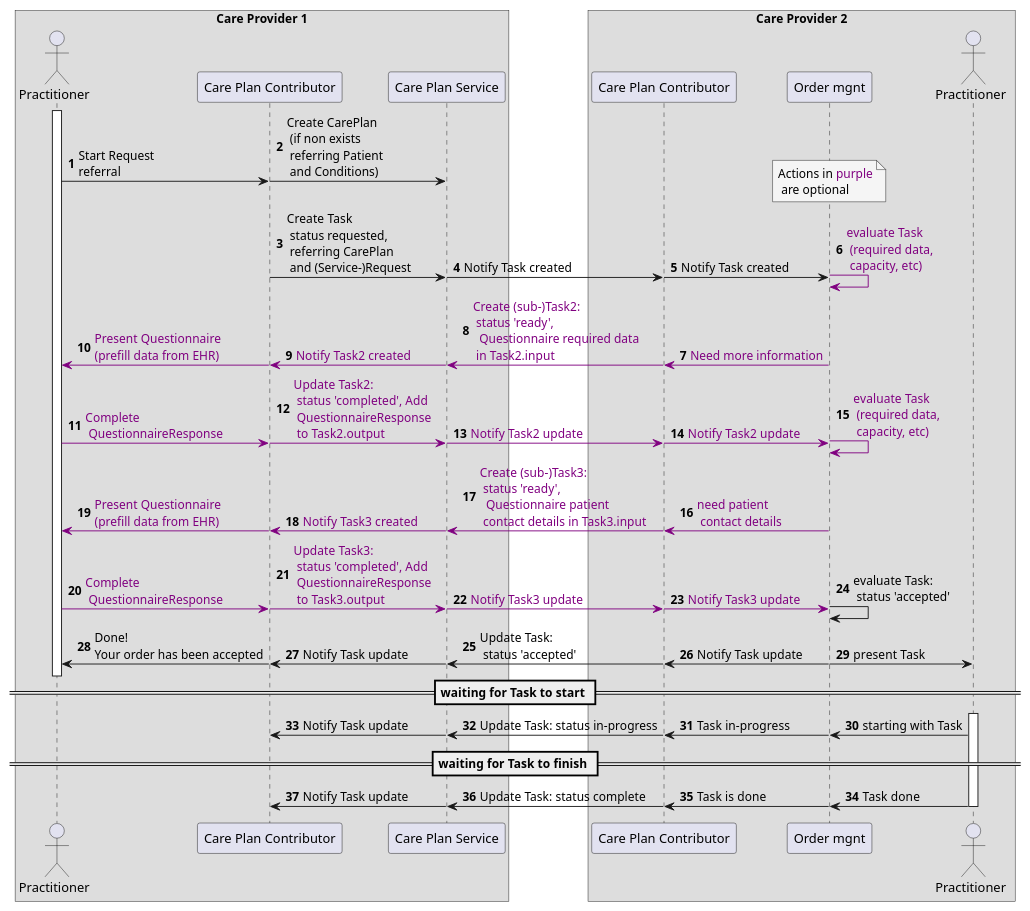
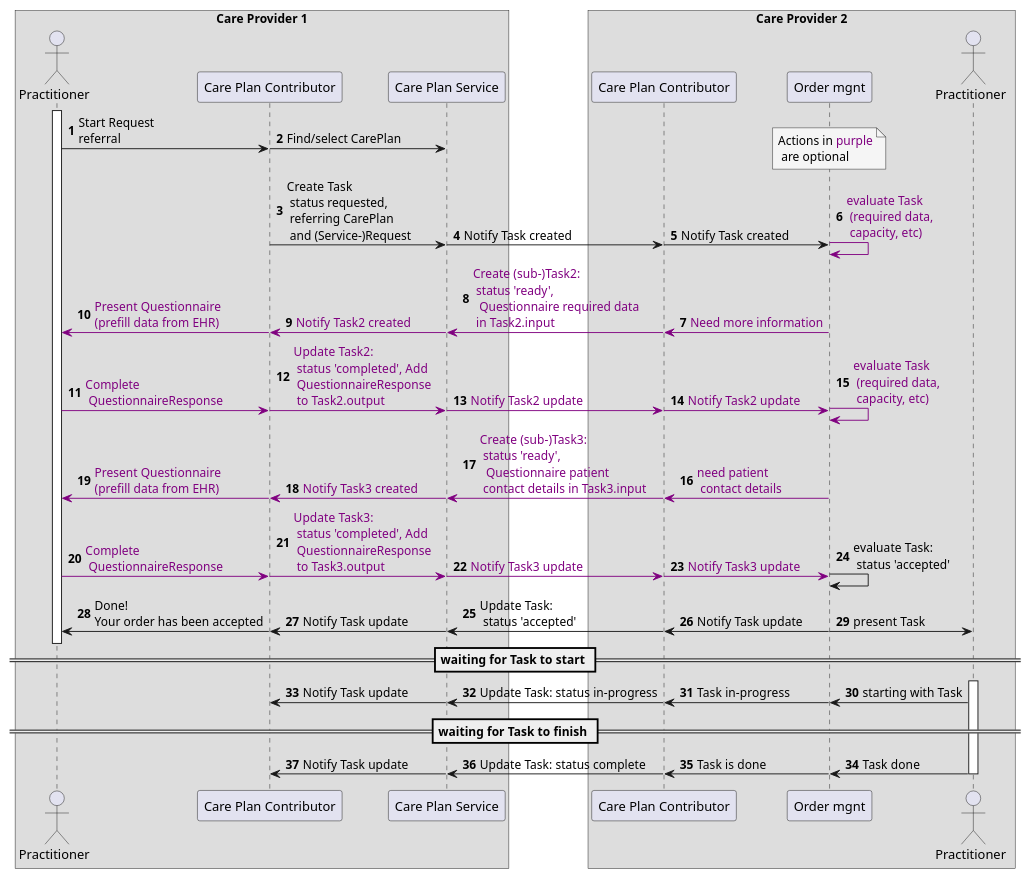
One commit to SanteonNL/shared-care-planning changed the diagram in input/images-source/overview-task-negotiation-1-2.plantuml. Above: the diagram before and after it, drawn with PlantUML. The commit also changed 1 other file, not shown here.

Commit message:
CPC doesnt create CarePlan

```diff
--- a/input/images-source/overview-task-negotiation-1-2.plantuml
+++ b/input/images-source/overview-task-negotiation-1-2.plantuml
@@ -1,71 +1,71 @@
 @startuml overview-task-negotiation-1-2
 autonumber
 !pragma teoz true
 
 box Care Provider 1
     actor "Practitioner" as Practitioner1
     participant "Care Plan Contributor" as CPC1
     participant "Care Plan Service" as CPS
 end box
 box Care Provider 2
      participant "Care Plan Contributor" as CPC2
     participant "Order mgnt" as EHR2
     actor "Practitioner" as Practitioner2
 end box
 
 activate Practitioner1
 Practitioner1 -> CPC1 : Start Request\nreferral
-&CPC1 -> CPS : Create CarePlan\n (if non exists\n referring Patient\n and Conditions)
+& CPC1 -> CPS : Find/select CarePlan
 & note over EHR2 #WhiteSmoke
 Actions in <color #purple>purple
  are optional
 end note
 CPC1 -> CPS : Create Task\n status requested,\n referring CarePlan\n and (Service-)Request
 & CPS -> CPC2  : Notify Task created
 & CPC2 -> EHR2  : Notify Task created
 & EHR2 -[#purple]> EHR2 : <color #purple>evaluate Task\n <color #purple>(required data,\n <color #purple>capacity, etc)
 
 
 EHR2 -[#purple]> CPC2 : <color #purple>Need more information
 & CPC2 -[#purple]> CPS  : <color #purple>Create (sub-)Task2:\n <color #purple>status 'ready',\n <color #purple> Questionnaire required data\n <color #purple>in Task2.input
 & CPS -[#purple]> CPC1 : <color #purple>Notify Task2 created
 & CPC1 -[#purple]> Practitioner1 : <color #purple>Present Questionnaire\n<color #purple>(prefill data from EHR)
 
 Practitioner1 -[#purple]> CPC1 : <color #purple>Complete\n <color #purple>QuestionnaireResponse
 & CPC1 -[#purple]> CPS : <color #purple>Update Task2: \n <color #purple>status 'completed', Add\n <color #purple>QuestionnaireResponse\n <color #purple>to Task2.output
 & CPS -[#purple]> CPC2 : <color #purple>Notify Task2 update
 & CPC2 -[#purple]> EHR2 : <color #purple>Notify Task2 update
 & EHR2 -[#purple]> EHR2 : <color #purple>evaluate Task\n <color #purple>(required data,\n <color #purple>capacity, etc)
 
 EHR2 -[#purple]> CPC2 : <color #purple>need patient\n <color #purple>contact details
 & CPC2 -[#purple]> CPS : <color #purple>Create (sub-)Task3: \n <color #purple>status 'ready',\n <color #purple> Questionnaire patient\n <color #purple>contact details in Task3.input
 & CPS -[#purple]> CPC1 :<color #purple>Notify Task3 created
 & CPC1 -[#purple]> Practitioner1 : <color #purple>Present Questionnaire\n<color #purple>(prefill data from EHR)
 
 Practitioner1 -[#purple]> CPC1 : <color #purple>Complete\n <color #purple>QuestionnaireResponse
 & CPC1 -[#purple]> CPS : <color #purple>Update Task3: \n <color #purple>status 'completed', Add\n <color #purple>QuestionnaireResponse\n <color #purple>to Task3.output
 & CPS -[#purple]> CPC2 : <color #purple>Notify Task3 update
 & CPC2 -[#purple]> EHR2 : <color #purple>Notify Task3 update
 & EHR2 -> EHR2 : evaluate Task:\n status 'accepted'
 
 CPC2 -> CPS : Update Task: \n status 'accepted'
 & EHR2 -> CPC2 : Notify Task update
 & CPS -> CPC1 : Notify Task update
 & CPC1 -> Practitioner1 : Done!\nYour order has been accepted
 & EHR2 -> Practitioner2 : present Task
 deactivate Practitioner1
 
 == waiting for Task to start ==
 activate Practitioner2
 Practitioner2 -> EHR2 : starting with Task
 & EHR2 -> CPC2 : Task in-progress
 & CPC2 -> CPS : Update Task: status in-progress
 & CPS -> CPC1 : Notify Task update
 
 == waiting for Task to finish ==
 Practitioner2 -> EHR2 : Task done
 & EHR2 -> CPC2 : Task is done
 & CPC2 -> CPS : Update Task: status complete
 & CPS -> CPC1 : Notify Task update
 deactivate Practitioner2
 @enduml
```
